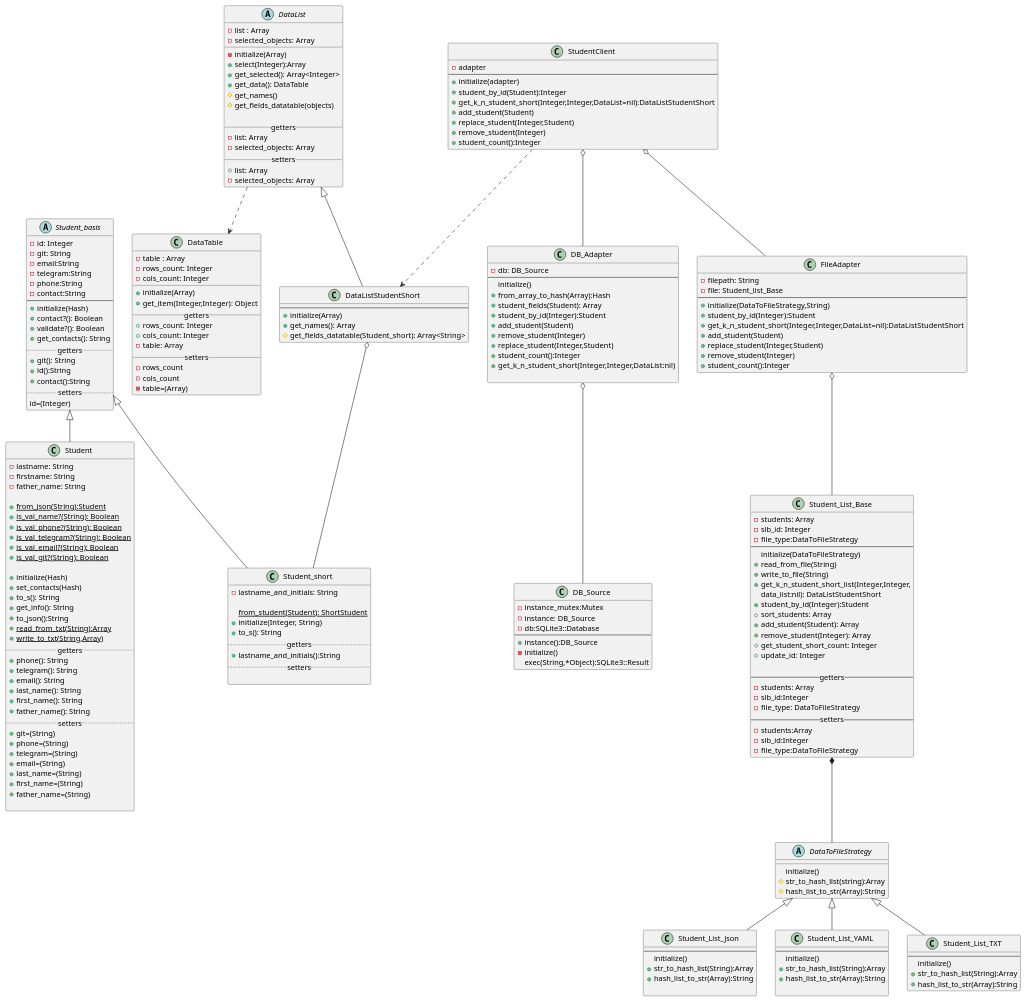
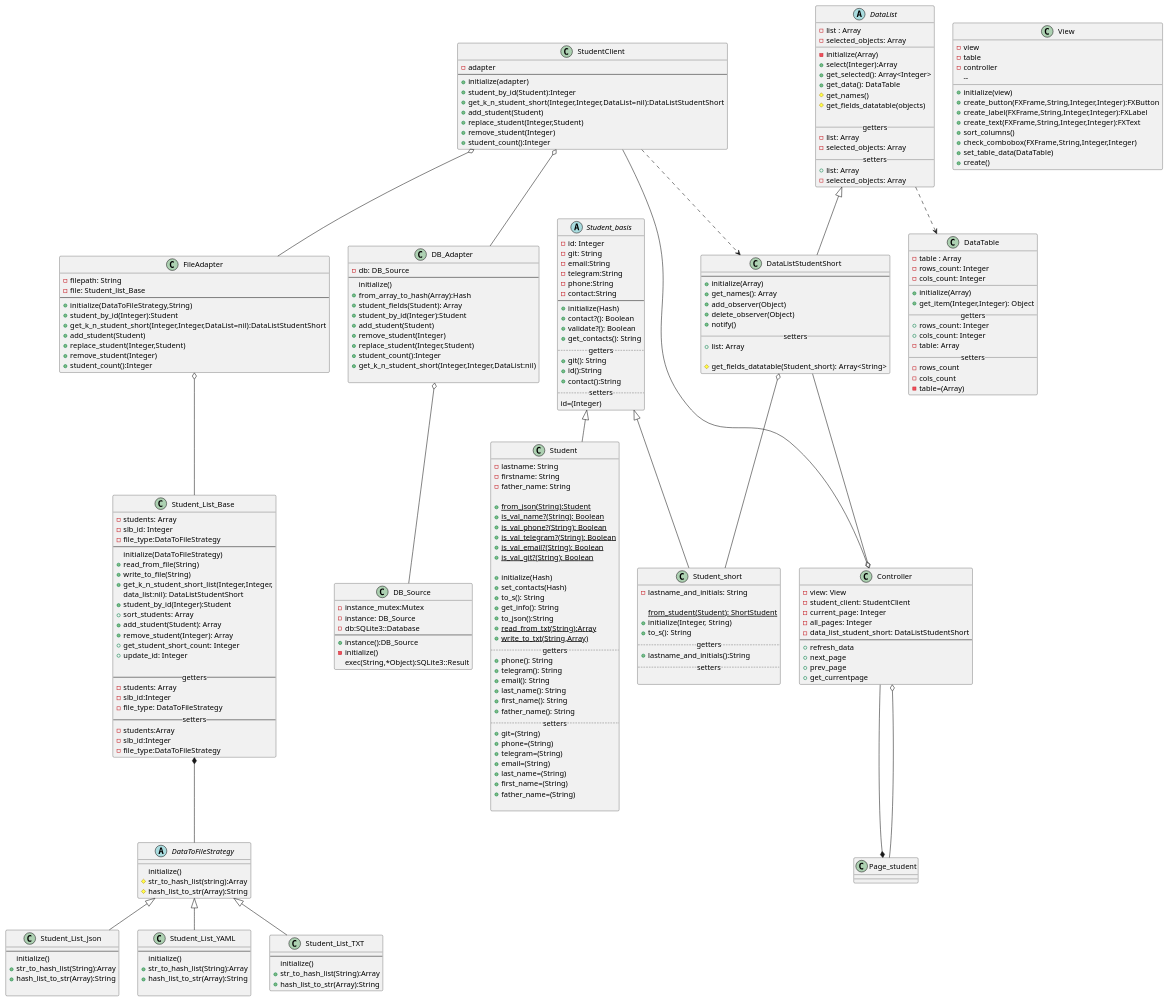
Before and after one commit to ColdEiler/pattern: the diagram in lab2/diagrams/student_diagrams.puml, drawn with PlantUML. The commit also changed 1 other file, not shown here.

Commit message:
диаграмма классов

```diff
--- a/lab2/diagrams/student_diagrams.puml
+++ b/lab2/diagrams/student_diagrams.puml
@@ -109,6 +109,12 @@
     --
     +initialize(Array)
     +get_names(): Array
+    +add_observer(Object)
+    +delete_observer(Object)
+    +notify()
+    __setters__
+    +list: Array
+
     #get_fields_datatable(Student_short): Array<String>
 }
 
@@ -228,5 +234,36 @@
 StudentClient ..> DataListStudentShort
 
 
+class View{
+    -view
+    -table
+    -controller
+    -- 
+    +initialize(view)
+    +create_button(FXFrame,String,Integer,Integer):FXButton
+    +create_label(FXFrame,String,Integer,Integer):FXLabel
+    +create_text(FXFrame,String,Integer,Integer):FXText
+    +sort_columns()
+    +check_combobox(FXFrame,String,Integer,Integer)
+    +set_table_data(DataTable)
+    +create()
+}
+
+class Controller{
+    -view: View
+    -student_client: StudentClient
+    -current_page: Integer
+    -all_pages: Integer
+    -data_list_student_short: DataListStudentShort
+    --
+    +refresh_data
+    +next_page
+    +prev_page
+    +get_currentpage
+}
+Controller --* Page_student
+Controller o-- Page_student
+StudentClient --o Controller
+DataListStudentShort --o Controller
 
 @enduml
```
